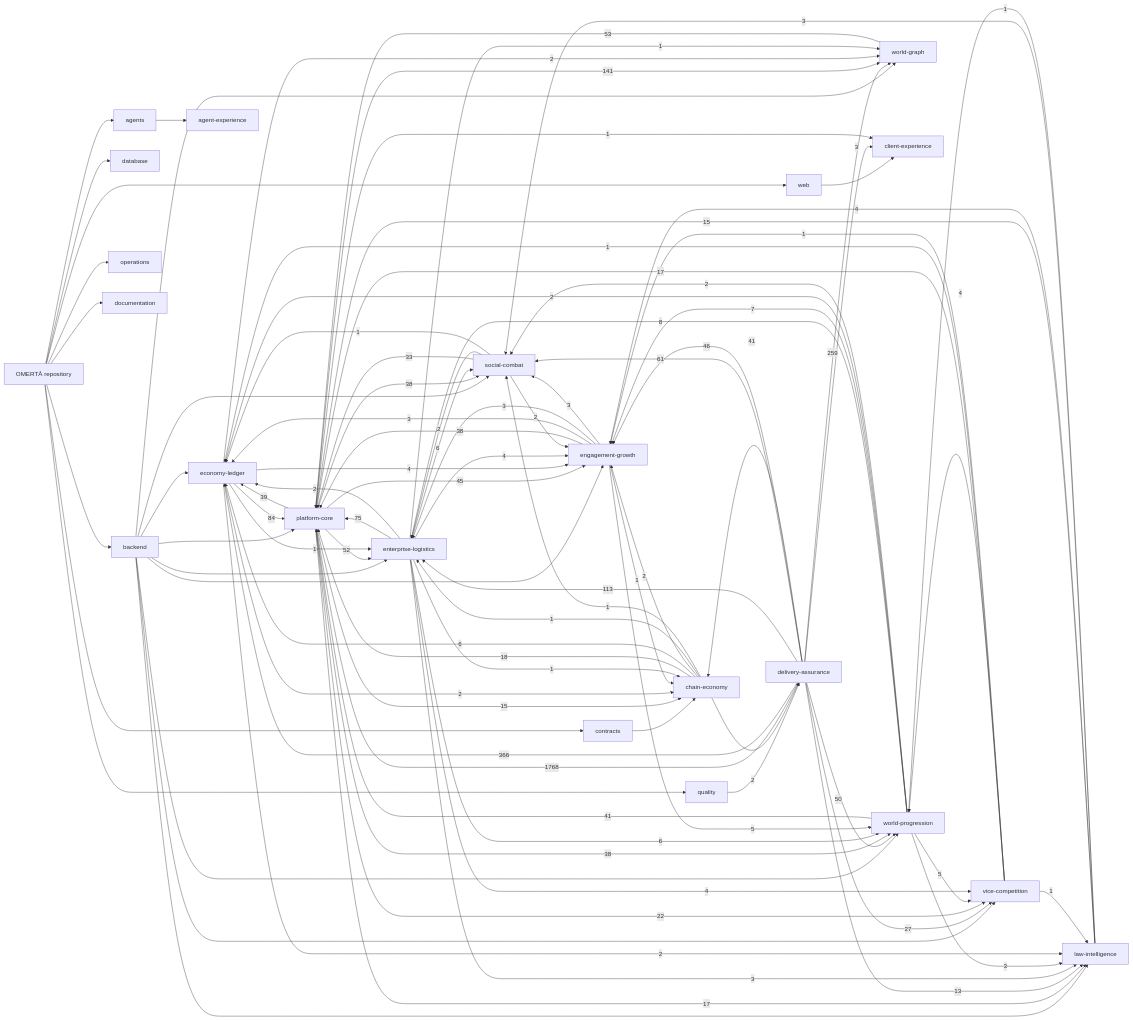
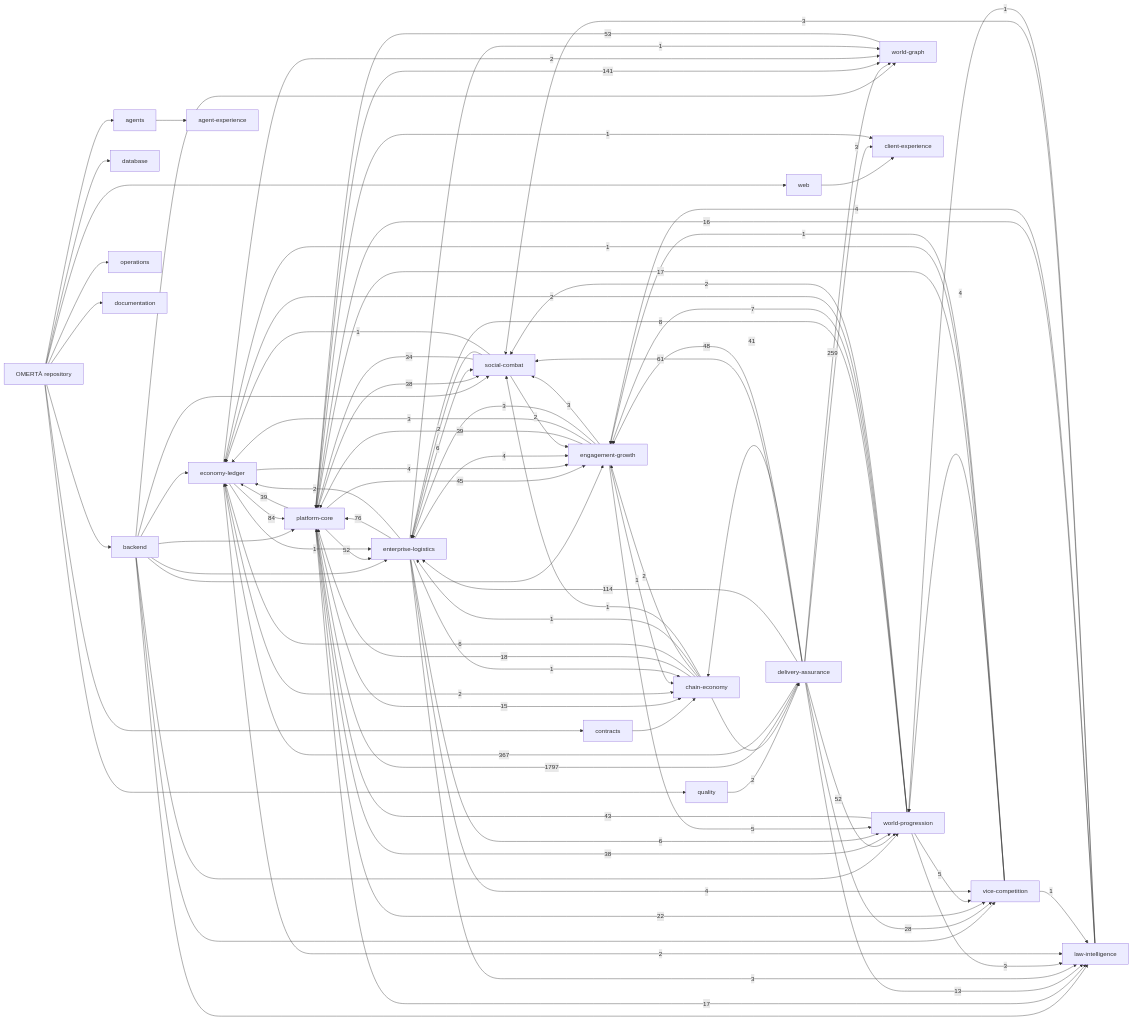
The diagram in knowledge/generated/graph.mmd (OmertaDev/Omerta), drawn with Mermaid before and after one commit. The commit also changed 8 other files, not shown here.

```diff
--- a/knowledge/generated/graph.mmd
+++ b/knowledge/generated/graph.mmd
@@ -1,113 +1,113 @@
 flowchart LR
   repo["OMERTÀ repository"]
   sub_backend["backend"]
   repo --> sub_backend
   sub_database["database"]
   repo --> sub_database
   sub_web["web"]
   repo --> sub_web
   sub_contracts["contracts"]
   repo --> sub_contracts
   sub_agents["agents"]
   repo --> sub_agents
   sub_quality["quality"]
   repo --> sub_quality
   sub_operations["operations"]
   repo --> sub_operations
   sub_documentation["documentation"]
   repo --> sub_documentation
   dom_platform-core["platform-core"]
   dom_economy-ledger["economy-ledger"]
   dom_social-combat["social-combat"]
   dom_world-progression["world-progression"]
   dom_world-graph["world-graph"]
   dom_enterprise-logistics["enterprise-logistics"]
   dom_vice-competition["vice-competition"]
   dom_law-intelligence["law-intelligence"]
   dom_chain-economy["chain-economy"]
   dom_engagement-growth["engagement-growth"]
   dom_client-experience["client-experience"]
   dom_agent-experience["agent-experience"]
   dom_delivery-assurance["delivery-assurance"]
   sub_agents --> dom_agent-experience
   sub_backend --> dom_economy-ledger
   sub_backend --> dom_engagement-growth
   sub_backend --> dom_enterprise-logistics
   sub_backend --> dom_law-intelligence
   sub_backend --> dom_platform-core
   sub_backend --> dom_social-combat
   sub_backend --> dom_vice-competition
   sub_backend --> dom_world-graph
   sub_backend --> dom_world-progression
   sub_contracts --> dom_chain-economy
   sub_quality --> dom_delivery-assurance
   sub_web --> dom_client-experience
-  dom_delivery-assurance -->|1768| dom_platform-core
-  dom_delivery-assurance -->|366| dom_economy-ledger
+  dom_delivery-assurance -->|1797| dom_platform-core
+  dom_delivery-assurance -->|367| dom_economy-ledger
   dom_delivery-assurance -->|259| dom_world-graph
   dom_platform-core -->|141| dom_world-graph
-  dom_delivery-assurance -->|113| dom_enterprise-logistics
+  dom_delivery-assurance -->|114| dom_enterprise-logistics
   dom_economy-ledger -->|84| dom_platform-core
-  dom_enterprise-logistics -->|75| dom_platform-core
+  dom_enterprise-logistics -->|76| dom_platform-core
   dom_delivery-assurance -->|61| dom_social-combat
   dom_world-graph -->|53| dom_platform-core
+  dom_delivery-assurance -->|52| dom_world-progression
   dom_platform-core -->|52| dom_enterprise-logistics
-  dom_delivery-assurance -->|50| dom_world-progression
-  dom_delivery-assurance -->|46| dom_engagement-growth
+  dom_delivery-assurance -->|48| dom_engagement-growth
   dom_platform-core -->|45| dom_engagement-growth
+  dom_world-progression -->|43| dom_platform-core
   dom_delivery-assurance -->|41| dom_chain-economy
-  dom_world-progression -->|41| dom_platform-core
+  dom_engagement-growth -->|39| dom_platform-core
   dom_platform-core -->|39| dom_economy-ledger
-  dom_engagement-growth -->|38| dom_platform-core
   dom_platform-core -->|38| dom_social-combat
   dom_platform-core -->|38| dom_world-progression
-  dom_social-combat -->|33| dom_platform-core
-  dom_delivery-assurance -->|27| dom_vice-competition
+  dom_social-combat -->|34| dom_platform-core
+  dom_delivery-assurance -->|28| dom_vice-competition
   dom_platform-core -->|22| dom_vice-competition
   dom_chain-economy -->|18| dom_platform-core
   dom_platform-core -->|17| dom_law-intelligence
   dom_vice-competition -->|17| dom_platform-core
-  dom_law-intelligence -->|15| dom_platform-core
+  dom_law-intelligence -->|16| dom_platform-core
   dom_platform-core -->|15| dom_chain-economy
   dom_delivery-assurance -->|13| dom_law-intelligence
   dom_world-progression -->|8| dom_enterprise-logistics
   dom_world-progression -->|7| dom_engagement-growth
   dom_chain-economy -->|6| dom_economy-ledger
   dom_enterprise-logistics -->|6| dom_social-combat
   dom_enterprise-logistics -->|6| dom_world-progression
   dom_engagement-growth -->|5| dom_world-progression
   dom_world-progression -->|5| dom_vice-competition
   dom_economy-ledger -->|4| dom_engagement-growth
   dom_enterprise-logistics -->|4| dom_engagement-growth
   dom_enterprise-logistics -->|4| dom_vice-competition
   dom_law-intelligence -->|4| dom_engagement-growth
   dom_vice-competition -->|4| dom_world-progression
   dom_delivery-assurance -->|3| dom_client-experience
   dom_engagement-growth -->|3| dom_economy-ledger
   dom_engagement-growth -->|3| dom_enterprise-logistics
   dom_engagement-growth -->|3| dom_social-combat
   dom_enterprise-logistics -->|3| dom_law-intelligence
   dom_law-intelligence -->|3| dom_social-combat
   dom_world-progression -->|3| dom_law-intelligence
   dom_chain-economy -->|2| dom_delivery-assurance
   dom_chain-economy -->|2| dom_engagement-growth
   dom_economy-ledger -->|2| dom_chain-economy
   dom_economy-ledger -->|2| dom_law-intelligence
   dom_economy-ledger -->|2| dom_world-graph
   dom_enterprise-logistics -->|2| dom_economy-ledger
   dom_social-combat -->|2| dom_engagement-growth
   dom_social-combat -->|2| dom_enterprise-logistics
   dom_world-progression -->|2| dom_economy-ledger
   dom_world-progression -->|2| dom_social-combat
   dom_chain-economy -->|1| dom_enterprise-logistics
   dom_chain-economy -->|1| dom_social-combat
   dom_economy-ledger -->|1| dom_enterprise-logistics
   dom_engagement-growth -->|1| dom_chain-economy
   dom_enterprise-logistics -->|1| dom_chain-economy
   dom_enterprise-logistics -->|1| dom_world-graph
   dom_law-intelligence -->|1| dom_world-progression
   dom_platform-core -->|1| dom_client-experience
   dom_social-combat -->|1| dom_economy-ledger
   dom_vice-competition -->|1| dom_economy-ledger
   dom_vice-competition -->|1| dom_engagement-growth
   dom_vice-competition -->|1| dom_law-intelligence
```
